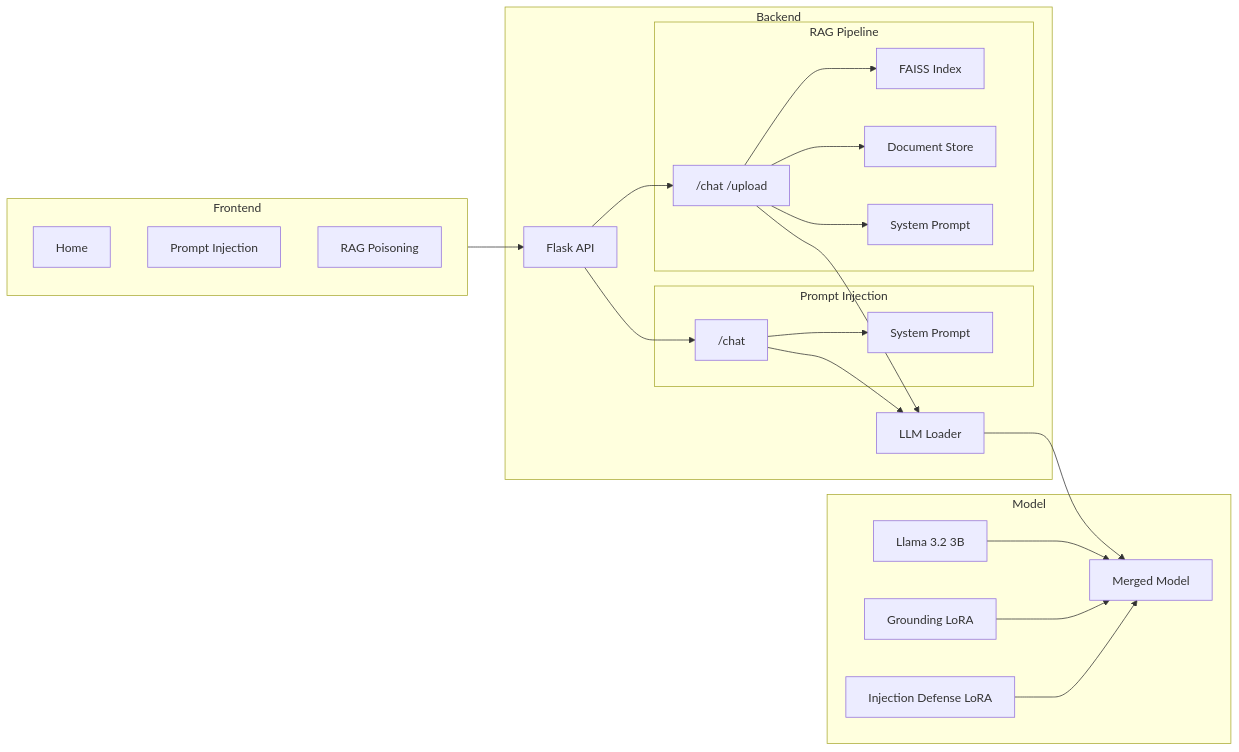
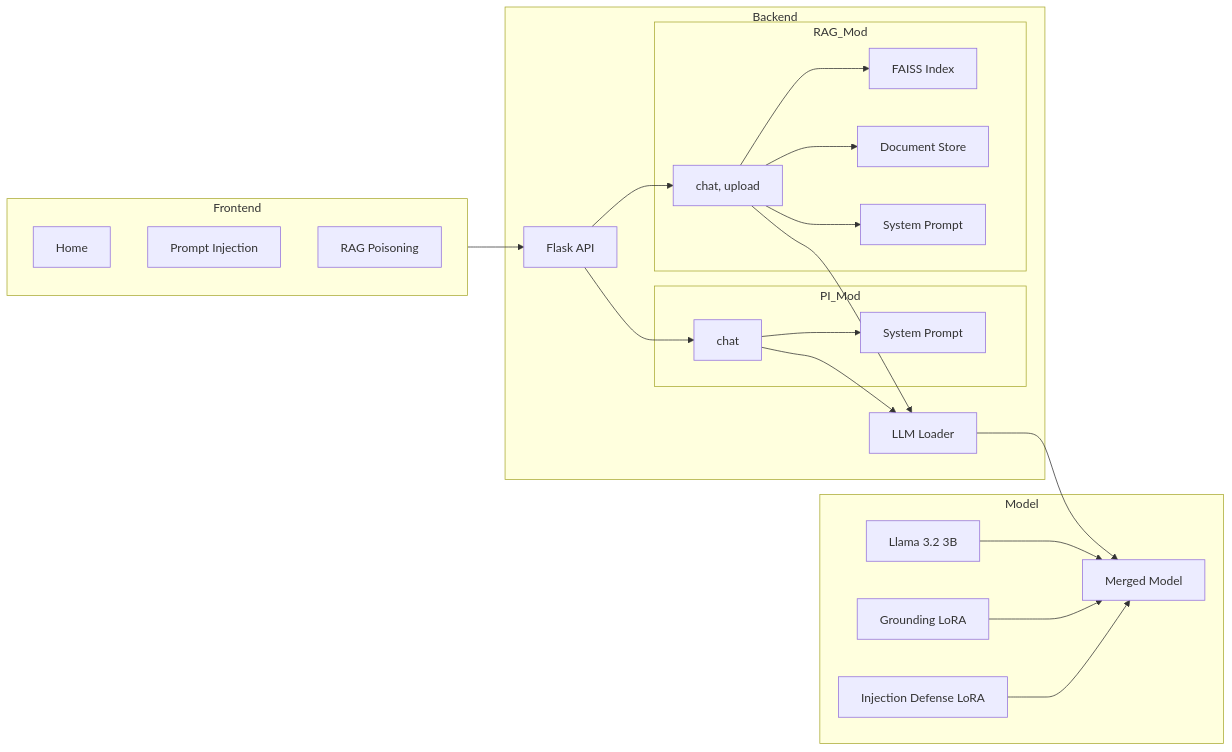
One commit to dumaf/All-About-Vulnerable-AI changed the diagram in README.md. Above: the diagram before and after it, drawn with Mermaid. The commit also changed other lines of this file, not shown here.

Commit message:
phase-1 done

````diff
--- a/README.md
+++ b/README.md
@@ -168,52 +148,51 @@
 ```mermaid
 flowchart LR
 
-    subgraph Frontend
-        Home["Home"]
-        PI["Prompt Injection"]
-        RAG["RAG Poisoning"]
+subgraph Frontend
+    Home["Home"]
+    PI["Prompt Injection"]
+    RAG["RAG Poisoning"]
+end
+
+subgraph Backend
+    API["Flask API"]
+
+    subgraph PI_Mod
+        PI_Routes["chat"]
+        PI_SP["System Prompt"]
     end
 
-    subgraph Backend
-        API["Flask API"]
-
-        subgraph PI_Mod["Prompt Injection"]
-            PI_Routes["/chat"]
-            PI_SP["System Prompt"]
-        end
-
-        subgraph RAG_Mod["RAG Pipeline"]
-            RAG_Routes["/chat /upload"]
-            VectorDB["FAISS Index"]
-            Docs["Document Store"]
-            RAG_SP["System Prompt"]
-        end
-
-        LLM["LLM Loader"]
+    subgraph RAG_Mod
+        RAG_Routes["chat, upload"]
+        VectorDB["FAISS Index"]
+        Docs["Document Store"]
+        RAG_SP["System Prompt"]
     end
 
-    subgraph Model
-        Base["Llama 3.2 3B"]
-        LoRA1["Grounding LoRA"]
-        LoRA2["Injection Defense LoRA"]
-        Merge["Merged Model"]
-    end
+    LLM["LLM Loader"]
+end
 
-    Frontend --> API
+subgraph Model
+    Base["Llama 3.2 3B"]
+    LoRA1["Grounding LoRA"]
+    LoRA2["Injection Defense LoRA"]
+    Merge["Merged Model"]
+end
 
-    API --> PI_Routes
-    API --> RAG_Routes
+Frontend --> API
+API --> PI_Routes
+API --> RAG_Routes
 
-    PI_Routes --> PI_SP
-    PI_Routes --> LLM
+PI_Routes --> PI_SP
+PI_Routes --> LLM
 
-    RAG_Routes --> VectorDB
-    RAG_Routes --> Docs
-    RAG_Routes --> RAG_SP
-    RAG_Routes --> LLM
+RAG_Routes --> VectorDB
+RAG_Routes --> Docs
+RAG_Routes --> RAG_SP
+RAG_Routes --> LLM
 
-    LLM --> Merge
-    Base --> Merge
-    LoRA1 --> Merge
-    LoRA2 --> Merge
+LLM --> Merge
+Base --> Merge
+LoRA1 --> Merge
+LoRA2 --> Merge
 ```
````
